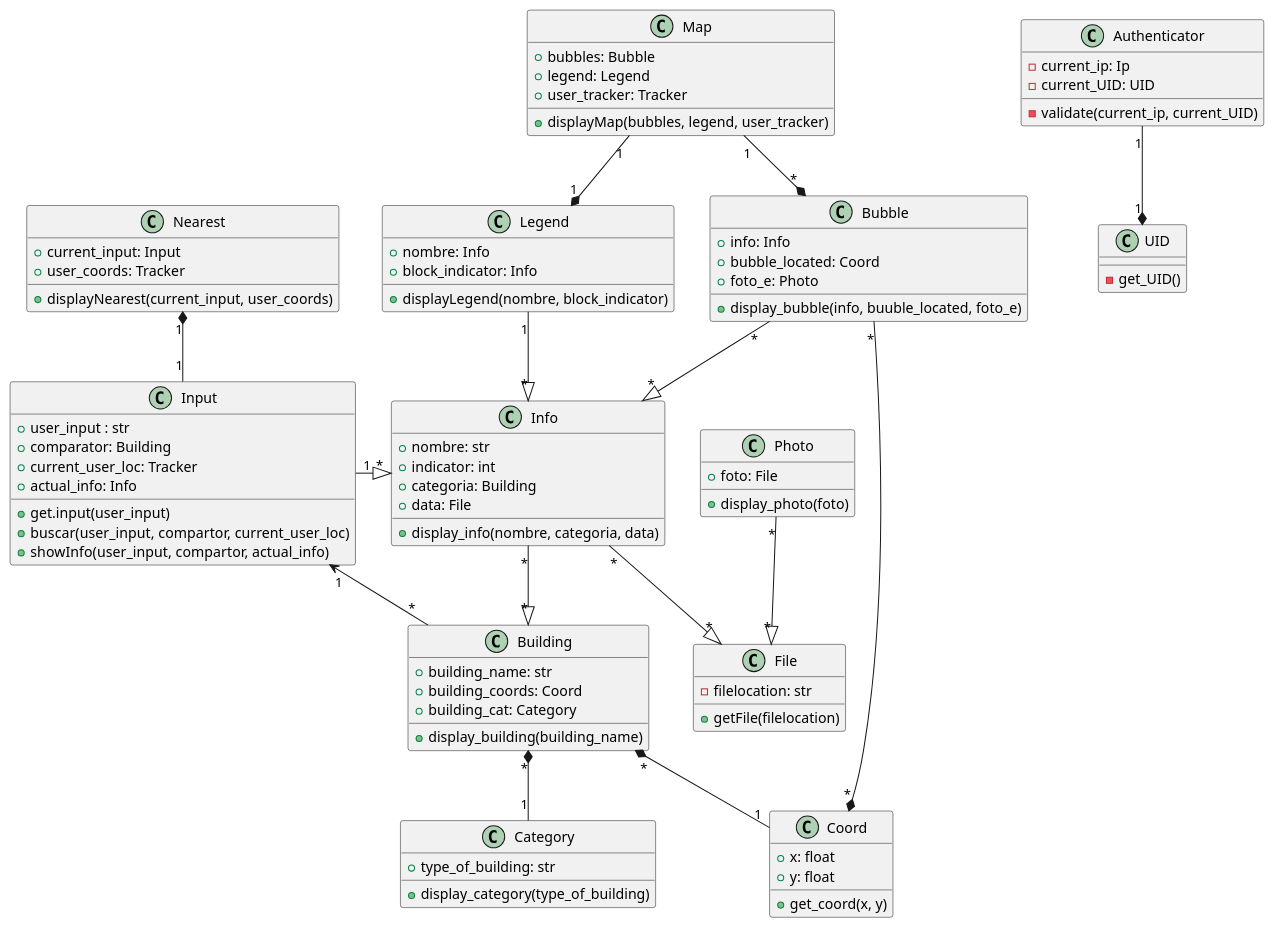
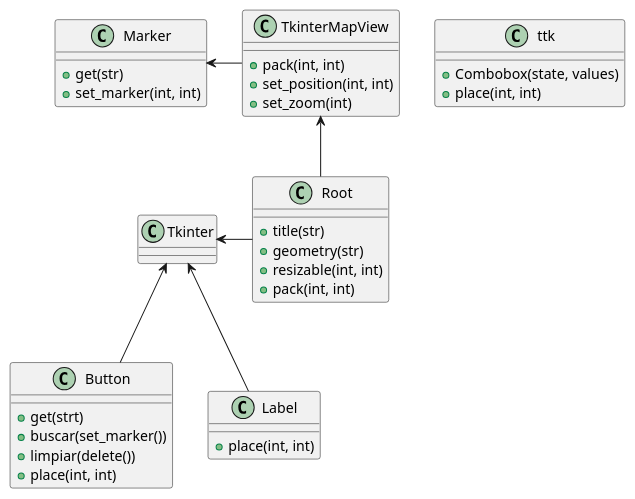
One commit to EdgarGXI/OOPFinalProject changed the diagram in UML.puml. Above: the diagram before and after it, drawn with PlantUML.

```diff
--- a/UML.puml
+++ b/UML.puml
@@ -1,104 +1,51 @@
 @startuml Antep
 
-class Map{
-    +bubbles: Bubble
-    +legend: Legend
-    +user_tracker: Tracker
-    +displayMap(bubbles, legend, user_tracker)
+class TkinterMapView{
+    +pack(int, int)
+    +set_position(int, int)
+    +set_zoom(int)
 }
 
 
-class Legend{
-    +nombre: Info
-    +block_indicator: Info
-    +displayLegend(nombre, block_indicator)
-}
-
-class Bubble{
-    +info: Info
-    +bubble_located: Coord
-    +foto_e: Photo
-    +display_bubble(info, buuble_located, foto_e)
-}
-
-class Info{
-    +nombre: str
-    +indicator: int
-    +categoria: Building
-    +data: File
-    +display_info(nombre, categoria, data)
-}
-
-class Photo{
-    +foto: File
-    +display_photo(foto)
-}
-
-class File{
-    -filelocation: str
-    +getFile(filelocation)
-}
-
-class Coord{
-    +x: float
-    +y: float
-    +get_coord(x, y)
-}
-
-class Nearest{
-    +current_input: Input
-    +user_coords: Tracker
-    +displayNearest(current_input, user_coords)
-}
-
-class Input{
-    +user_input : str
-    +comparator: Building
-    +current_user_loc: Tracker
-    +actual_info: Info
-    +get.input(user_input)
-    +buscar(user_input, compartor, current_user_loc)
-    +showInfo(user_input, compartor, actual_info)
-}
-
-class Building{
-    +building_name: str
-    +building_coords: Coord
-    +building_cat: Category
-    +display_building(building_name)
-}
-
-class Category{
-    +type_of_building: str
-    +display_category(type_of_building)
-}
-
-class UID{
-    -get_UID()
-}
-
-class Authenticator{
-    -current_ip: Ip
-    -current_UID: UID
-    -validate(current_ip, current_UID)
+class Marker{
+    +get(str)
+    +set_marker(int, int)
 }
 
 
-
-Map "1" --* "1"Legend
-Map "1" --* "*" Bubble    
-Legend "1" --|> "*"Info
-Input "1" <- "*"Building
-Input "1"-|> "*"Info
-Bubble "*"--|> "*"Info
-Bubble "*"-* "*"Coord
-Info "*"--|> "*"Building
-Info "*"--|> "*"File
-Photo "*"--|> "*"File
-Authenticator "1"--* "1" UID
-Building "*"*-- "1"Coord
-Building "*"*-- "1"Category
-Nearest "1"*-- "1"Input
+class Button{
+    +get(strt)
+    +buscar(set_marker())
+    +limpiar(delete())
+    +place(int, int)
+}
 
 
+class Root{
+    +title(str)
+    +geometry(str)
+    +resizable(int, int)
+    +pack(int, int)
+}
+
+class ttk{
+    +Combobox(state, values)
+    +place(int, int)
+}
+
+class Label{
+    +place(int, int)
+}
+
+class Tkinter{
+
+}
+
+
+Tkinter <-- Label
+Tkinter <- Root
+Tkinter <-- Button
+Marker <- TkinterMapView
+TkinterMapView <-- Root
+
 @enduml 
```
